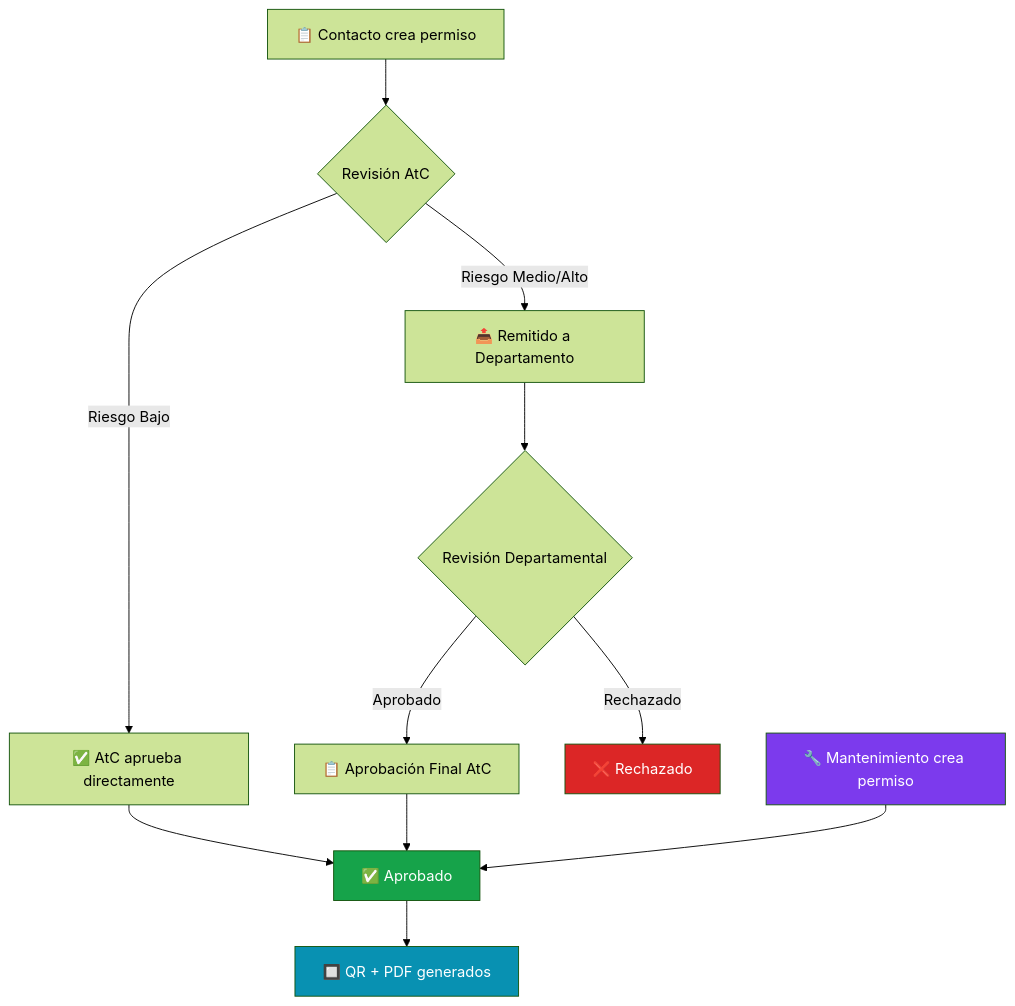
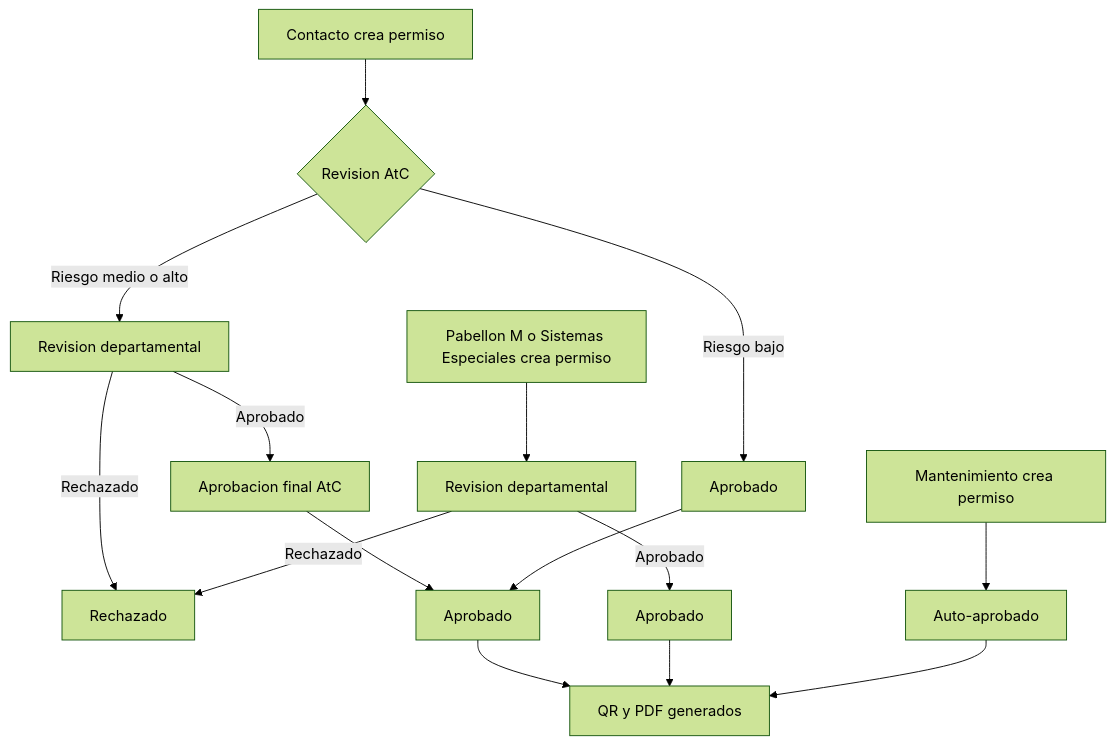
The diagram in aprobacion/flujo-general.mdx (Enmamosley/documentationai-documentation), drawn with Mermaid (forest theme) before and after one commit. The commit also changed other lines of this file and 11 other files, not shown here.

````diff
--- a/aprobacion/flujo-general.mdx
+++ b/aprobacion/flujo-general.mdx
@@ -12,19 +12,19 @@
 ```mermaid
 flowchart TD
-    A[📋 Contacto crea permiso] --> B{Revisión AtC}
-    B --> |Riesgo Bajo| C[✅ AtC aprueba directamente]
-    B --> |Riesgo Medio/Alto| D[📤 Remitido a Departamento]
-    D --> E{Revisión Departamental}
-    E --> |Aprobado| F[📋 Aprobación Final AtC]
-    E --> |Rechazado| G[❌ Rechazado]
-    F --> H[✅ Aprobado]
-    C --> H
-    H --> I[🔲 QR + PDF generados]
+    A[Contacto crea permiso] --> B{Revision AtC}
+    B --> |Riesgo bajo| C[Aprobado]
+    B --> |Riesgo medio o alto| D[Revision departamental]
+    D --> |Aprobado| E[Aprobacion final AtC]
+    D --> |Rechazado| F[Rechazado]
+    E --> G[Aprobado]
+    C --> G
+    G --> H[QR y PDF generados]
 
-    M[🔧 Mantenimiento crea permiso] --> H
+    I[Pabellon M o Sistemas Especiales crea permiso] --> J[Revision departamental]
+    J --> |Aprobado| K[Aprobado]
+    J --> |Rechazado| F
+    K --> H
 
-    style H fill:#16a34a,color:#fff
-    style G fill:#dc2626,color:#fff
-    style M fill:#7c3aed,color:#fff
-    style I fill:#0891b2,color:#fff
+    L[Mantenimiento crea permiso] --> M[Auto-aprobado]
+    M --> H
 ```
````
